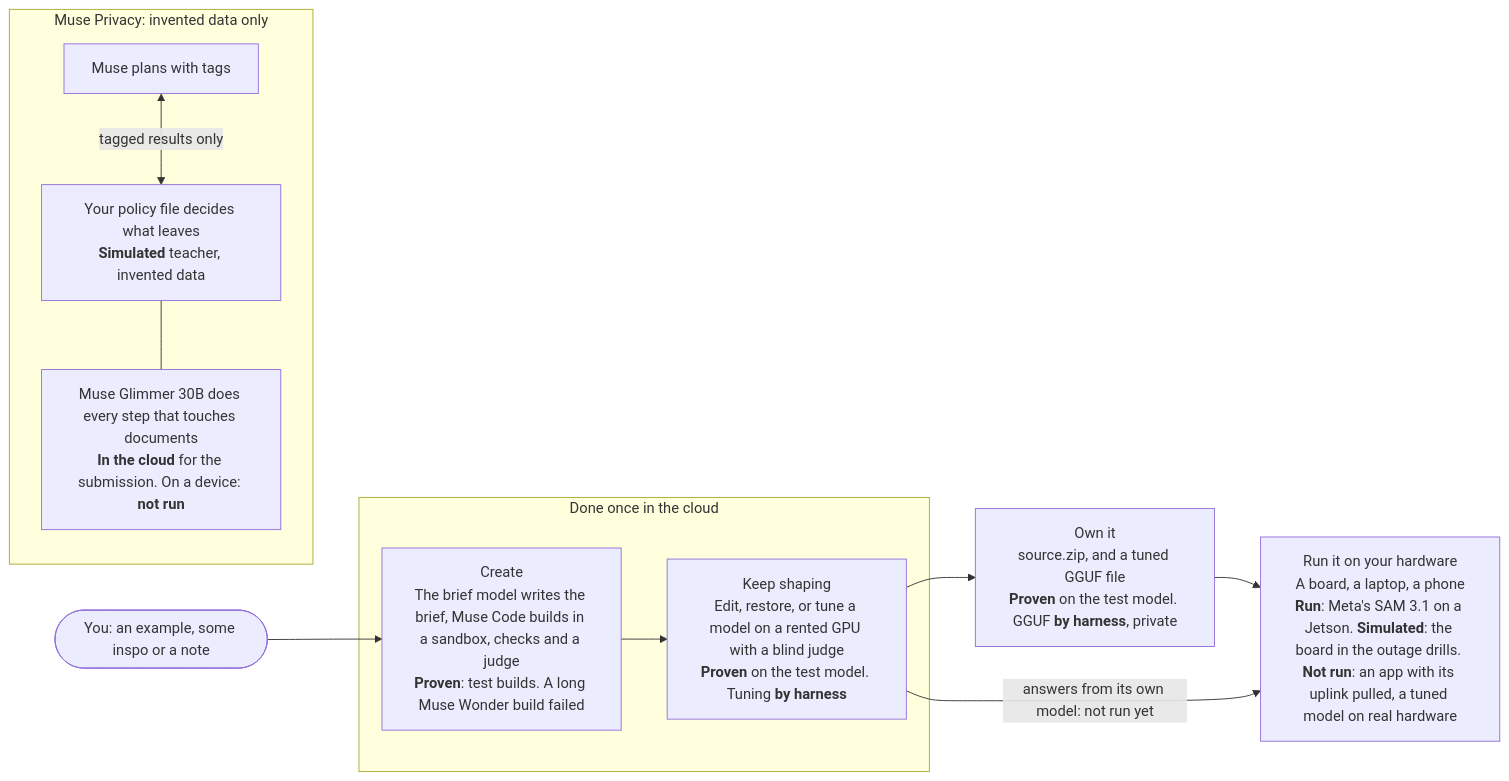
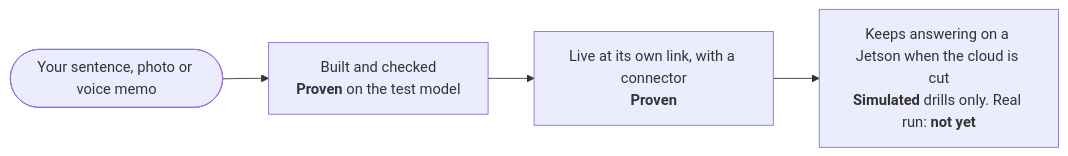
The first of 2 diagrams in README.md (Offline-Base/muse-muse), drawn with Mermaid before and after one commit. The commit also changed other lines of this file and 3 other files, not shown here.

````diff
--- a/README.md
+++ b/README.md
@@ -106,23 +252,8 @@
 ```mermaid
 flowchart LR
-  you(["You: an example, some inspo or a note"])
-
-  subgraph cloud["Done once in the cloud"]
-    create["Create<br/>The brief model writes the brief, Muse Code builds in a sandbox, checks and a judge<br/><b>Proven</b>: test builds. A long Muse Wonder build failed"]
-    shape["Keep shaping<br/>Edit, restore, or tune a model on a rented GPU with a blind judge<br/><b>Proven</b> on the test model. Tuning <b>by harness</b>"]
-  end
-
-  own["Own it<br/>source.zip, and a tuned GGUF file<br/><b>Proven</b> on the test model. GGUF <b>by harness</b>, private"]
-  run["Run it on your hardware<br/>A board, a laptop, a phone<br/><b>Run</b>: Meta's SAM 3.1 on a Jetson. <b>Simulated</b>: the board in the outage drills. <b>Not run</b>: an app with its uplink pulled, a tuned model on real hardware"]
-
-  subgraph privacy["Muse Privacy: invented data only"]
-    muse["Muse plans with tags"]
-    device["Muse Glimmer 30B does every step that touches documents<br/><b>In the cloud</b> for the submission. On a device: <b>not run</b>"]
-    policy["Your policy file decides what leaves<br/><b>Simulated</b> teacher, invented data"]
-  end
-
-  you --> create --> shape --> own --> run
-  shape -->|"answers from its own model: not run yet"| run
-  muse <-->|"tagged results only"| policy
-  policy --- device
+  you(["Your sentence, photo or voice memo"])
+  built["Built and checked<br/><b>Proven</b> on the test model"]
+  live["Live at its own link, with a connector<br/><b>Proven</b>"]
+  edge["Keeps answering on a Jetson when the cloud is cut<br/><b>Simulated</b> drills only. Real run: <b>not yet</b>"]
+  you --> built --> live --> edge
 ```
````
